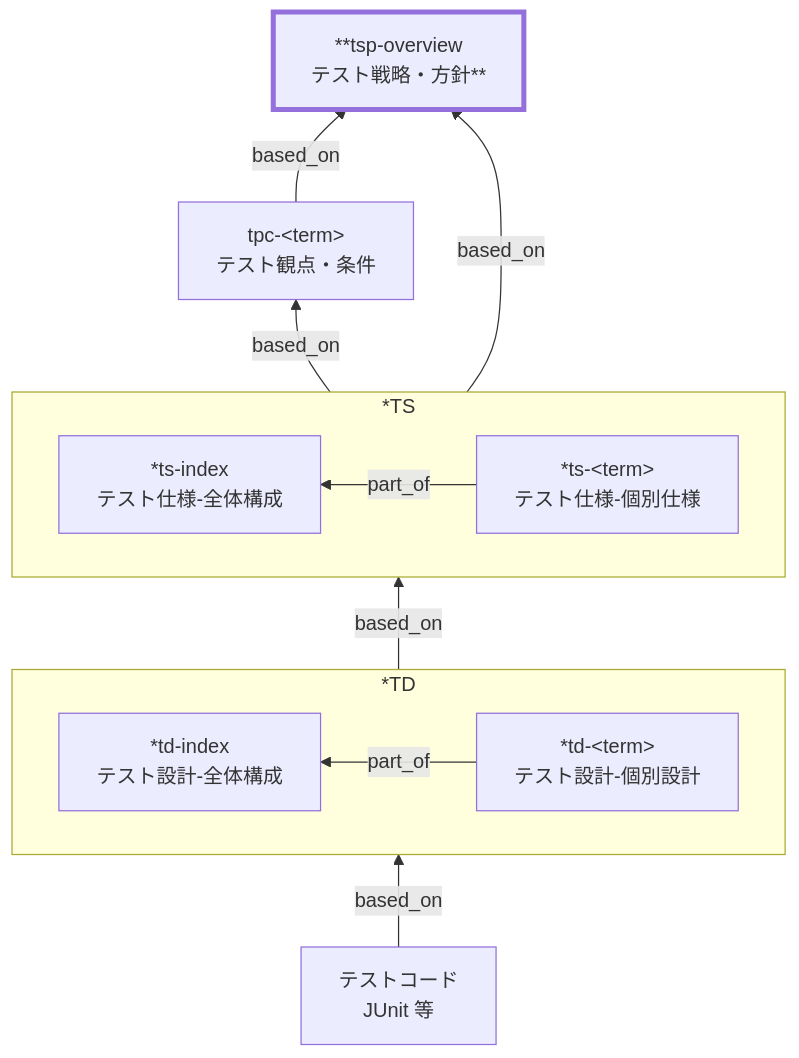
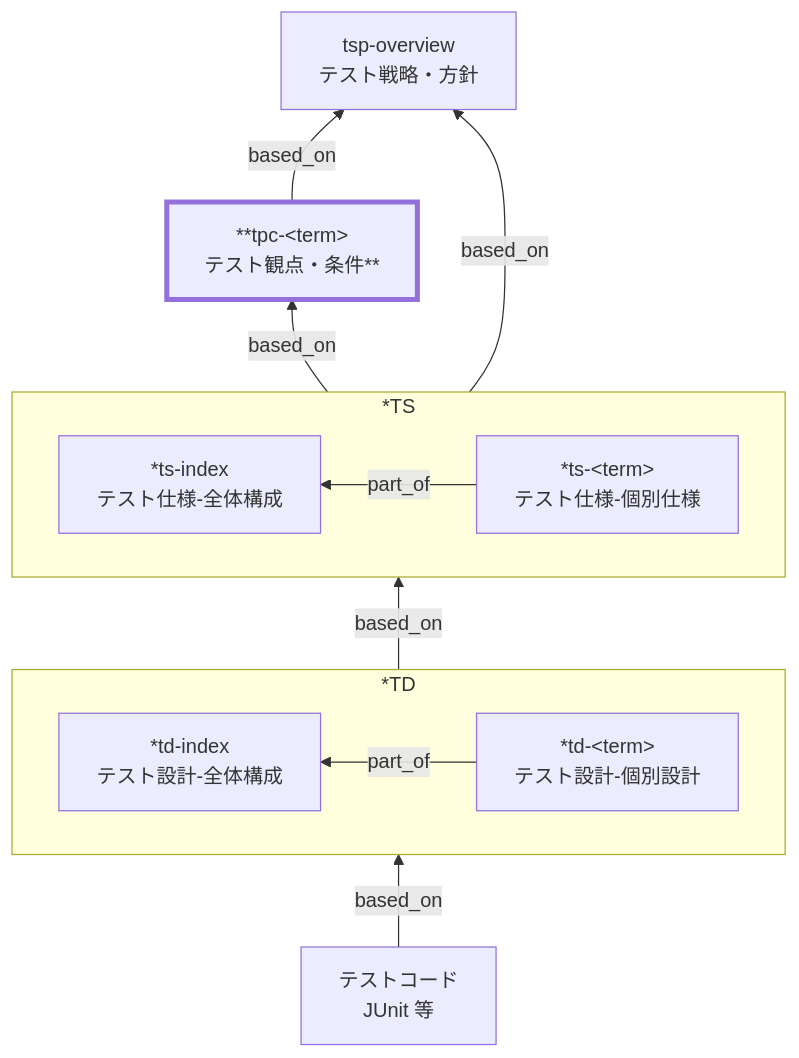
Before and after one commit to naoji3x/grandma-candy-shop: the diagram in docs/ja/handbook/rules/tpc-rules.md, drawn with Mermaid. The commit also changed other lines of this file, not shown here.

Commit message:
docs(ai-fix): tpc-rulesを整理

````diff
--- a/docs/ja/handbook/rules/tpc-rules.md
+++ b/docs/ja/handbook/rules/tpc-rules.md
@@ -46,30 +39,30 @@
 ```mermaid
 flowchart BT
-  TSP["**tsp-overview<br>テスト戦略・方針**"]
-  TPC["tpc-&lt;term&gt;<br>テスト観点・条件"]
+  TSP["tsp-overview<br>テスト戦略・方針"]
+  TPC["**tpc-&lt;term&gt;<br>テスト観点・条件**"]
 
   subgraph xTS[*TS]
   direction RL
     xTSIndex["*ts-index<br>テスト仕様-全体構成"]
     xTSDetail["*ts-&lt;term&gt;<br>テスト仕様-個別仕様"]
     xTSDetail -->|part_of| xTSIndex
   end
 
   subgraph xTD[*TD]
   direction RL
     xTDIndex["*td-index<br>テスト設計-全体構成"]
     xTDDetail["*td-&lt;term&gt;<br>テスト設計-個別設計"]
     xTDDetail -->|part_of| xTDIndex
   end
 
   TC["テストコード<br>JUnit 等"]
 
   TPC -->|based_on| TSP
   xTD -->|based_on| xTS
   TC -->|based_on| xTD
   xTS -->|based_on| TSP
   xTS -->|based_on| TPC
 
   classDef target stroke-width:4px
-  class TSP target
+  class TPC target
 ```
````
